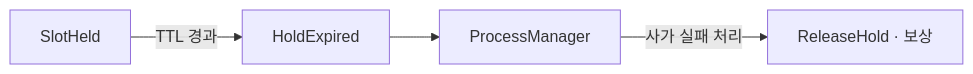
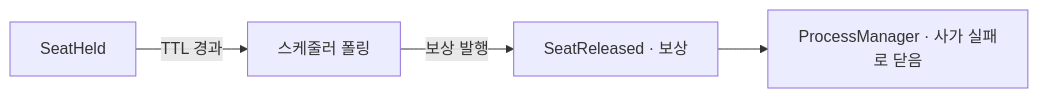
Before and after one commit to newkayak12/prototype-reservation-system: the third of 3 diagrams in docs/v2/design_doc/06-consistency-and-sagas.md, drawn with Mermaid. The commit also changed other lines of this file and 45 other files, not shown here.

````diff
--- a/docs/v2/design_doc/06-consistency-and-sagas.md
+++ b/docs/v2/design_doc/06-consistency-and-sagas.md
@@ -116,6 +132,6 @@
 ```mermaid
 graph LR
-    HOLD[SlotHeld] -->|TTL 경과| EXP[HoldExpired]
-    EXP --> PM[ProcessManager]
-    PM -->|사가 실패 처리| REL[ReleaseHold · 보상]
+    HOLD[SeatHeld] -->|TTL 경과| POLL[스케줄러 폴링]
+    POLL -->|보상 발행| REL[SeatReleased · 보상]
+    REL --> PM[ProcessManager · 사가 실패로 닫음]
 ```
````
